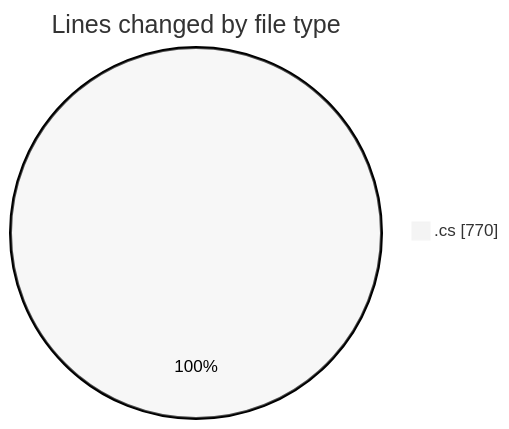
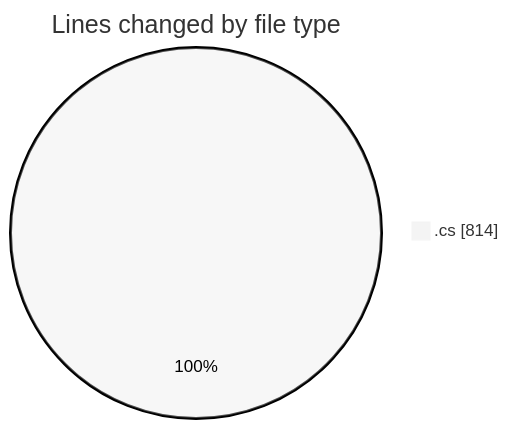
Before and after one commit to Netris89/code-tracking: the first of 2 diagrams in 2025-03-21/back-end/README.md, drawn with Mermaid (neutral theme). The commit also changed other lines of this file and 1 other file, not shown here.

````diff
--- a/2025-03-21/back-end/README.md
+++ b/2025-03-21/back-end/README.md
@@ -23,5 +23,5 @@
 ```mermaid
 pie showData
 title Lines changed by file type
-".cs" : 770
+".cs" : 814
 ```
````
